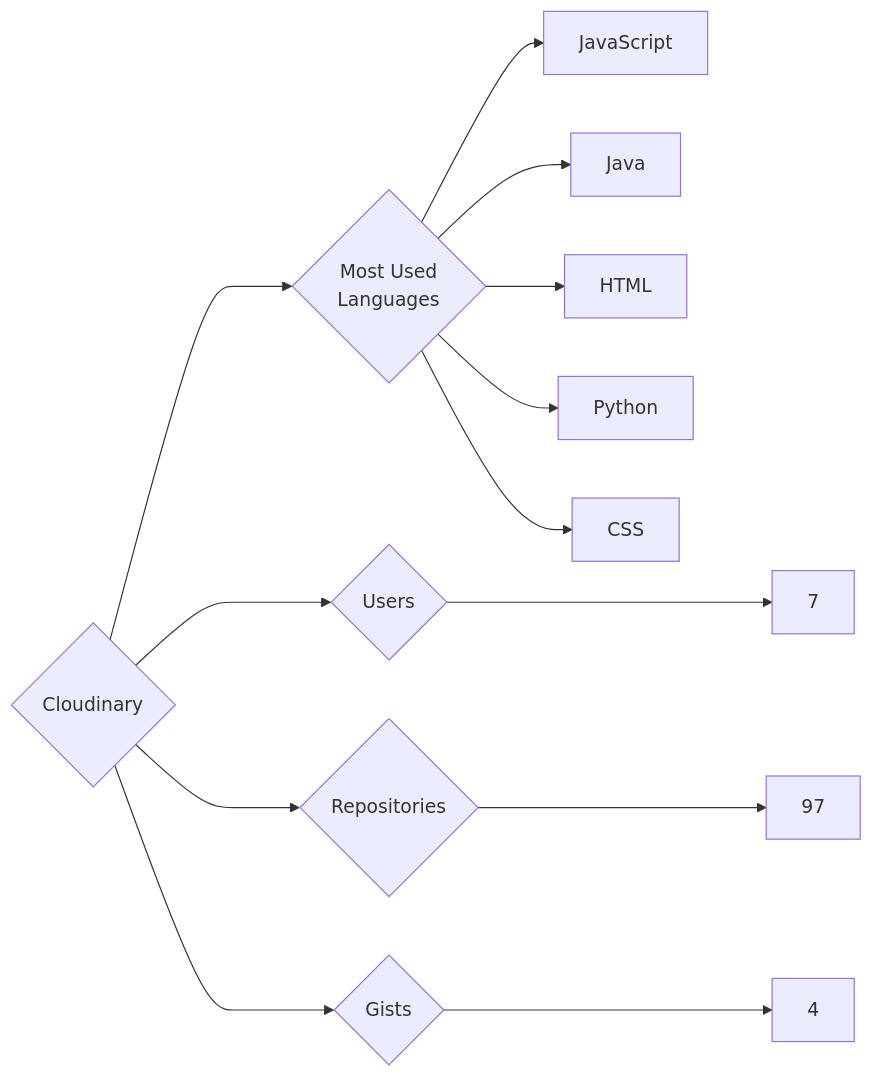
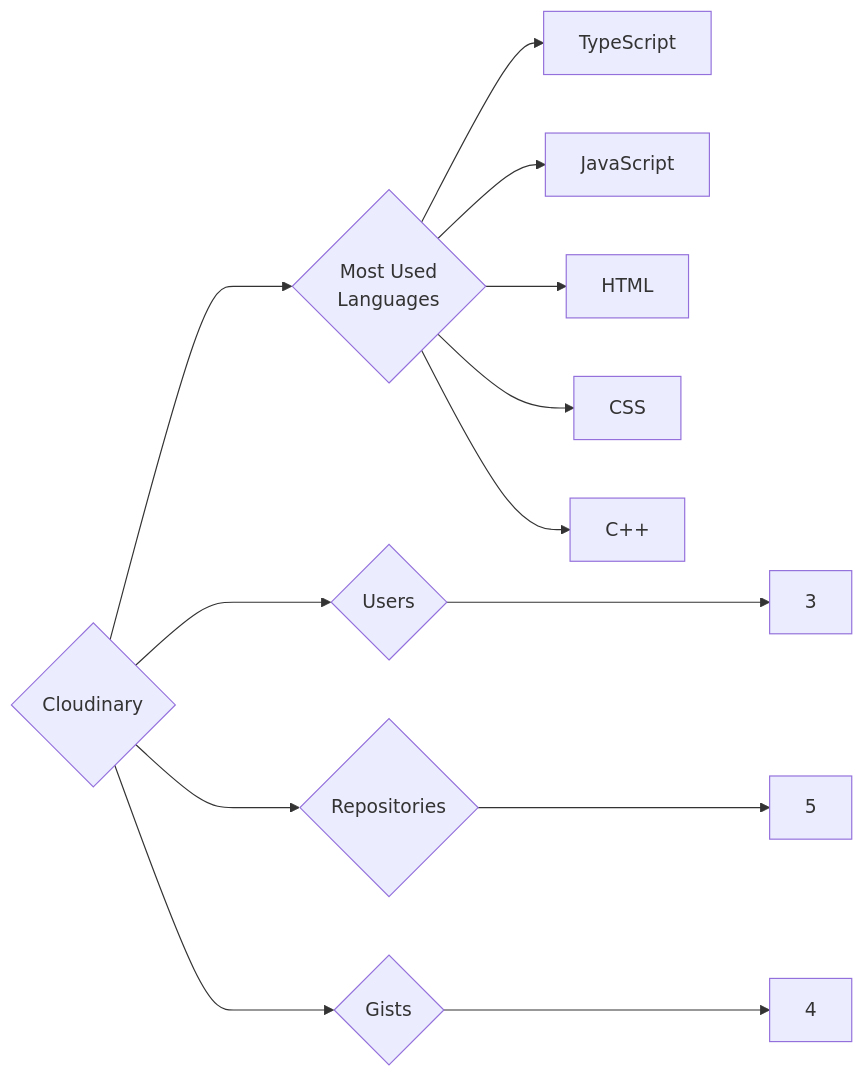
One commit to trickest/insiders changed the diagram in targets/Cloudinary/README.md. Above: the diagram before and after it, drawn with Mermaid. The commit also changed 1007 other files, not shown here.

````diff
--- a/targets/Cloudinary/README.md
+++ b/targets/Cloudinary/README.md
@@ -3,13 +3,13 @@
 ```mermaid
 graph LR
 COMPANY_NAME{Cloudinary}
-COMPANY_NAME ---> U{Users} ---> UN[7]
-COMPANY_NAME ---> R{Repositories} ---> RN[97]
+COMPANY_NAME ---> U{Users} ---> UN[3]
+COMPANY_NAME ---> R{Repositories} ---> RN[5]
 COMPANY_NAME ---> G{Gists} ---> GN[4]
 COMPANY_NAME ---> ML{Most Used<br>Languages}
+ML --> TypeScript[TypeScript]
 ML --> JavaScript[JavaScript]
-ML --> Java[Java]
 ML --> HTML[HTML]
-ML --> Python[Python]
 ML --> CSS[CSS]
+ML --> C++[C++]
 ```
````
